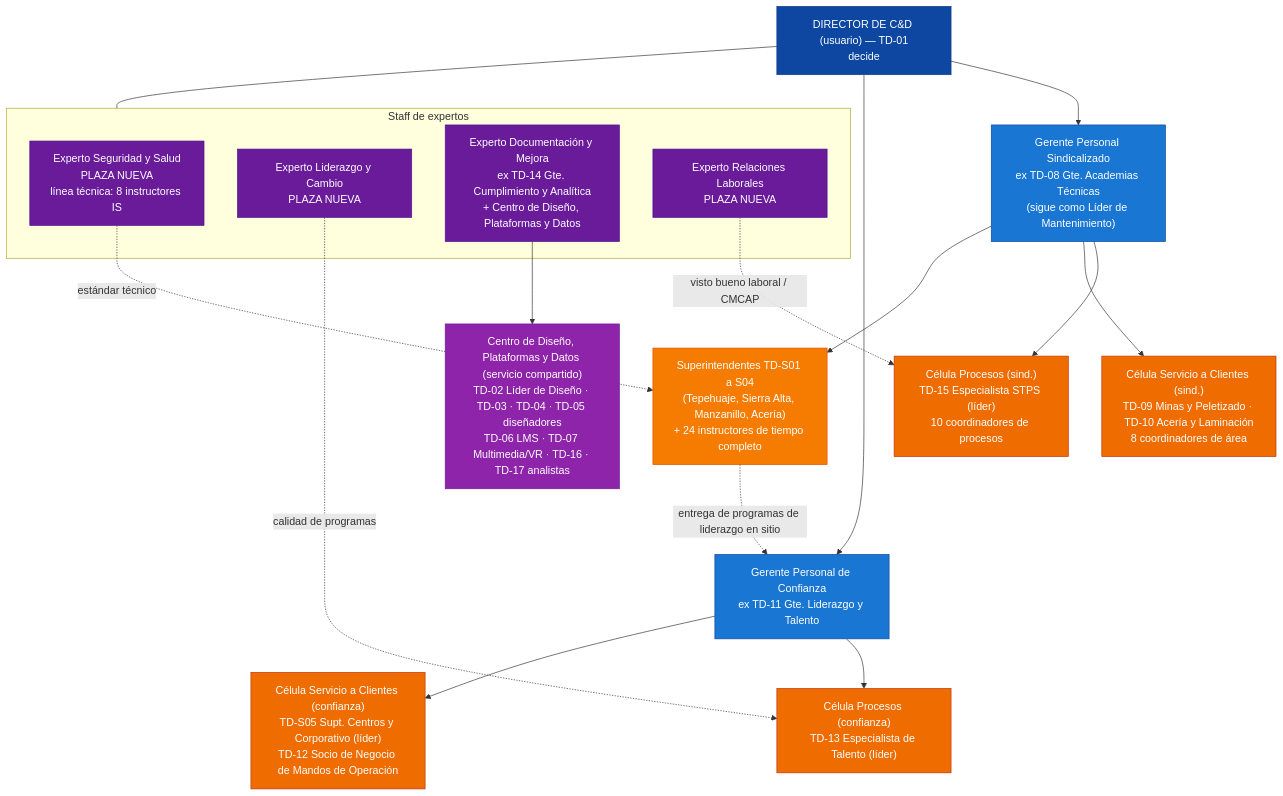
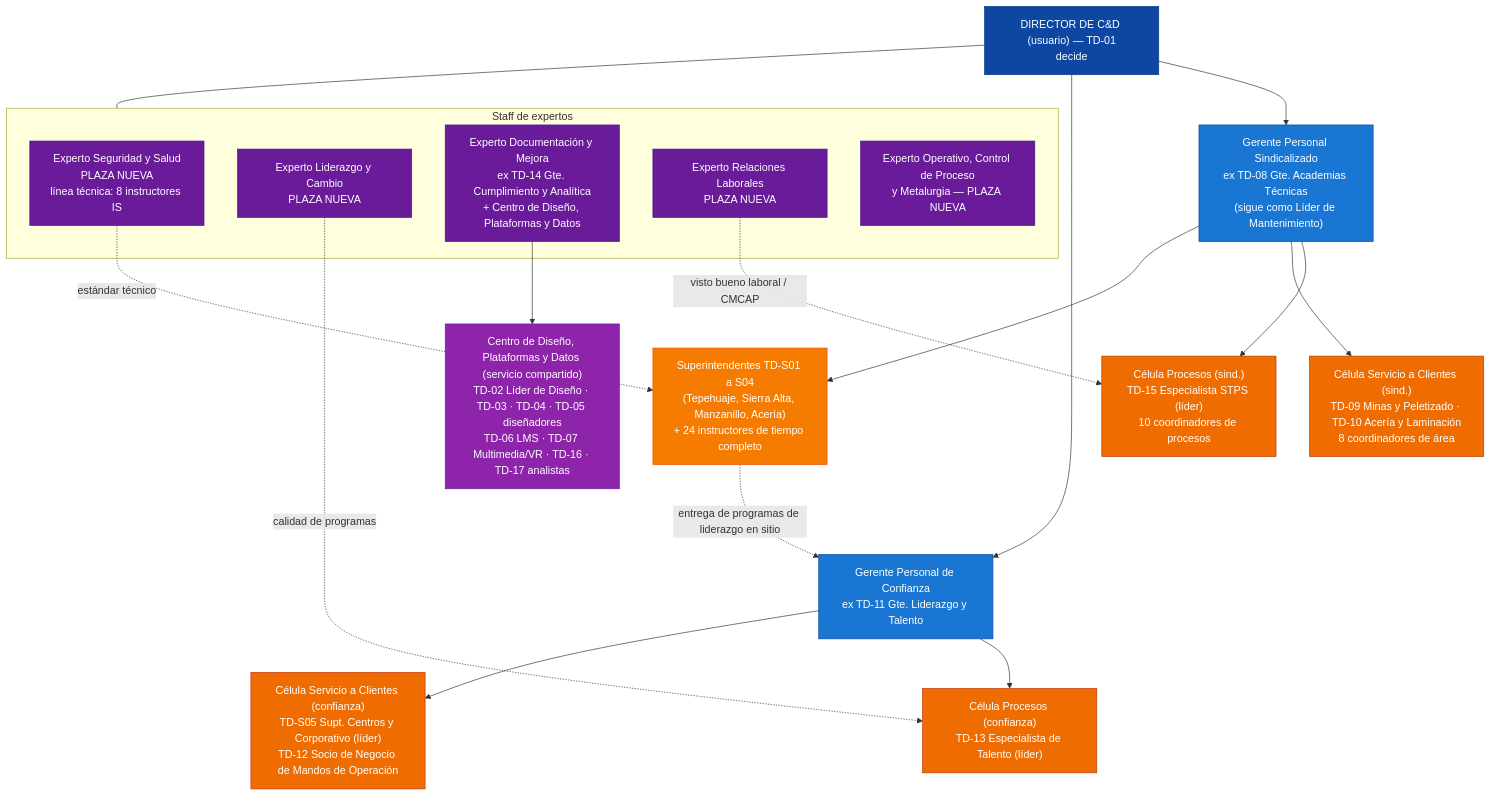
The diagram in equipo-director/estructura-hibrida.md (diegocardonaguzman03-maker/HR), drawn with Mermaid before and after one commit. The commit also changed other lines of this file and 6 other files, not shown here.

````diff
--- a/equipo-director/estructura-hibrida.md
+++ b/equipo-director/estructura-hibrida.md
@@ -14,36 +14,37 @@
 ```mermaid
 flowchart TB
     DIR["DIRECTOR DE C&D (usuario) — TD-01<br/>decide"]:::dir
 
     subgraph STAFF["Staff de expertos"]
         ES["Experto Seguridad y Salud<br/>PLAZA NUEVA<br/>línea técnica: 8 instructores IS"]:::exp
         EL["Experto Liderazgo y Cambio<br/>PLAZA NUEVA"]:::exp
         ED["Experto Documentación y Mejora<br/>ex TD-14 Gte. Cumplimiento y Analítica<br/>+ Centro de Diseño, Plataformas y Datos"]:::exp
         ER["Experto Relaciones Laborales<br/>PLAZA NUEVA"]:::exp
+        EO["Experto Operativo, Control de Proceso<br/>y Metalurgia — PLAZA NUEVA"]:::exp
     end
     DIR --- STAFF
 
     ED --> CDP["Centro de Diseño, Plataformas y Datos (servicio compartido)<br/>TD-02 Líder de Diseño · TD-03 · TD-04 · TD-05 diseñadores<br/>TD-06 LMS · TD-07 Multimedia/VR · TD-16 · TD-17 analistas"]:::shared
 
     DIR --> GS["Gerente Personal Sindicalizado<br/>ex TD-08 Gte. Academias Técnicas<br/>(sigue como Líder de Mantenimiento)"]:::mgr
     DIR --> GC["Gerente Personal de Confianza<br/>ex TD-11 Gte. Liderazgo y Talento"]:::mgr
 
     GS --> SP["Célula Procesos (sind.)<br/>TD-15 Especialista STPS (líder)<br/>10 coordinadores de procesos"]:::team
     GS --> SS["Célula Servicio a Clientes (sind.)<br/>TD-09 Minas y Peletizado · TD-10 Acería y Laminación<br/>8 coordinadores de área"]:::team
     GS --> SUP["Superintendentes TD-S01 a S04<br/>(Tepehuaje, Sierra Alta, Manzanillo, Acería)<br/>+ 24 instructores de tiempo completo"]:::site
 
     GC --> CP["Célula Procesos (confianza)<br/>TD-13 Especialista de Talento (líder)"]:::team
     GC --> CS["Célula Servicio a Clientes (confianza)<br/>TD-S05 Supt. Centros y Corporativo (líder)<br/>TD-12 Socio de Negocio de Mandos de Operación"]:::team
 
     ES -. "estándar técnico" .-> SUP
     ER -. "visto bueno laboral / CMCAP" .-> SP
     EL -. "calidad de programas" .-> CP
     SUP -. "entrega de programas de liderazgo en sitio" .-> GC
 
     classDef dir fill:#0d47a1,color:#fff,stroke:#0b3c86
     classDef exp fill:#6a1b9a,color:#fff,stroke:#4a148c
     classDef shared fill:#8e24aa,color:#fff,stroke:#6a1b9a
     classDef mgr fill:#1976d2,color:#fff,stroke:#0d47a1
     classDef team fill:#ef6c00,color:#fff,stroke:#bf360c
     classDef site fill:#f57c00,color:#fff,stroke:#e65100
 ```
````
